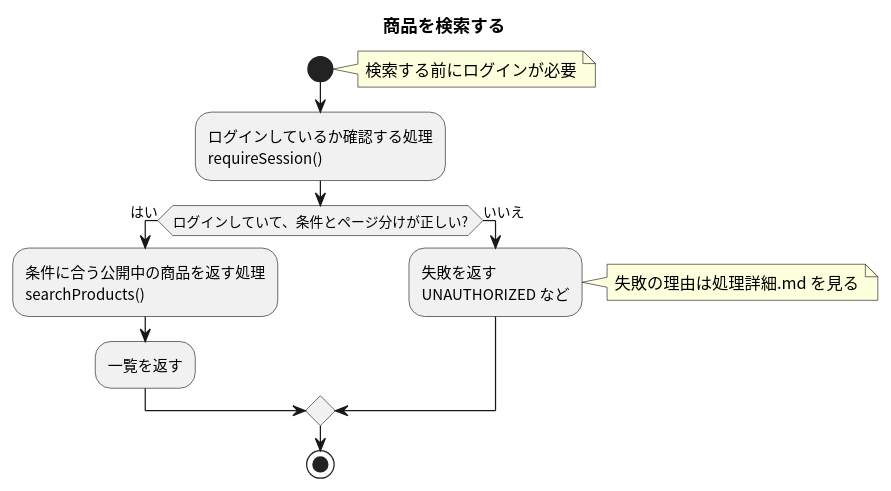
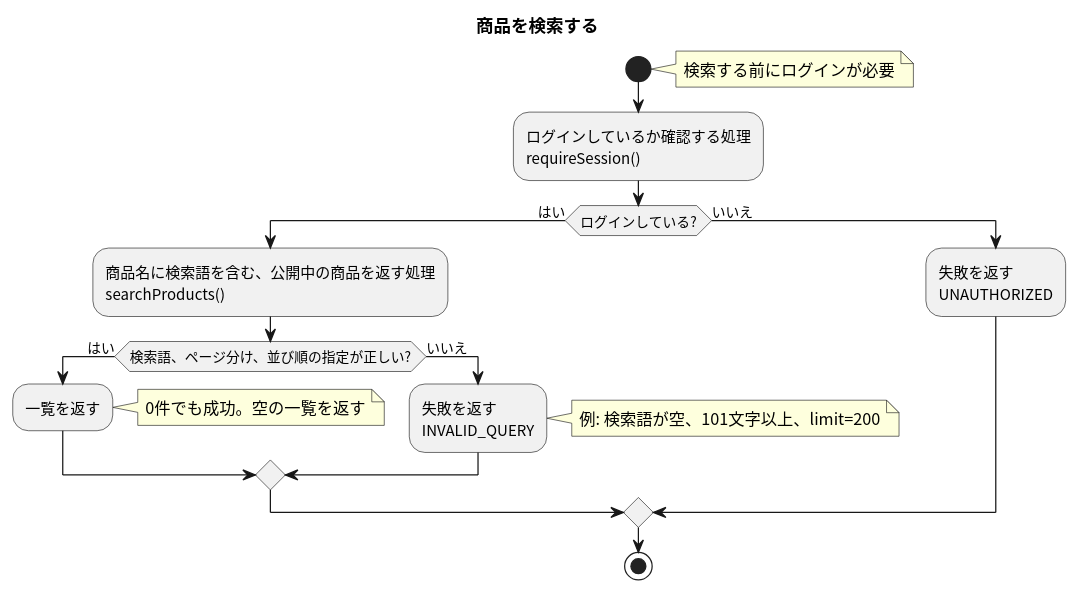
The diagram in apis/search-products/flow.puml (masamasamasato/design-doc-template), drawn with PlantUML before and after one commit. The commit also changed 109 other files, not shown here.

```diff
--- a/apis/search-products/flow.puml
+++ b/apis/search-products/flow.puml
@@ -3,19 +3,24 @@
 @startuml
 skinparam shadowing false
 skinparam defaultFontName "Noto Sans CJK JP"
 skinparam ActivityFontName "Noto Sans CJK JP"
 
 title 商品を検索する
 
 start
 note right: 検索する前にログインが必要
 :ログインしているか確認する処理\nrequireSession();
-if (ログインしていて、条件とページ分けが正しい?) then (はい)
-  :条件に合う公開中の商品を返す処理\nsearchProducts();
-  :一覧を返す;
+if (ログインしている?) then (はい)
+  :商品名に検索語を含む、公開中の商品を返す処理\nsearchProducts();
+  if (検索語、ページ分け、並び順の指定が正しい?) then (はい)
+    :一覧を返す;
+    note right: 0件でも成功。空の一覧を返す
+  else (いいえ)
+    :失敗を返す\nINVALID_QUERY;
+    note right: 例: 検索語が空、101文字以上、limit=200
+  endif
 else (いいえ)
-  :失敗を返す\nUNAUTHORIZED など;
-  note right: 失敗の理由は処理詳細.md を見る
+  :失敗を返す\nUNAUTHORIZED;
 endif
 stop
 @enduml
```
